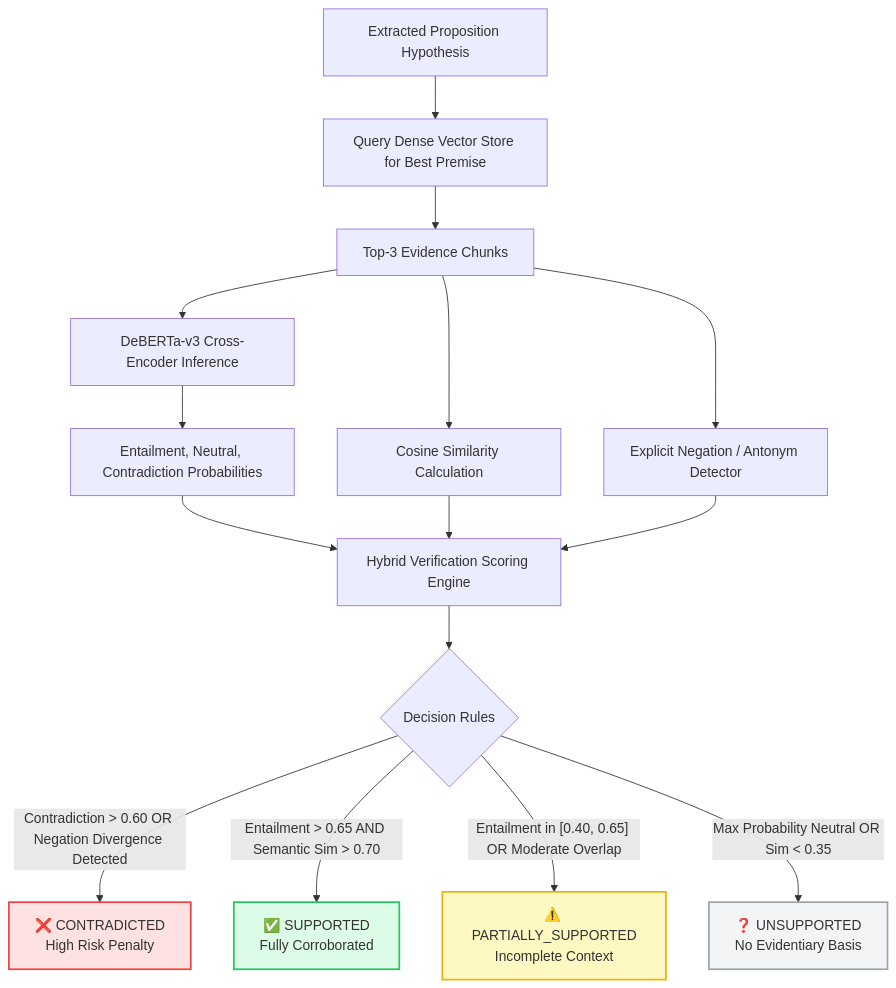
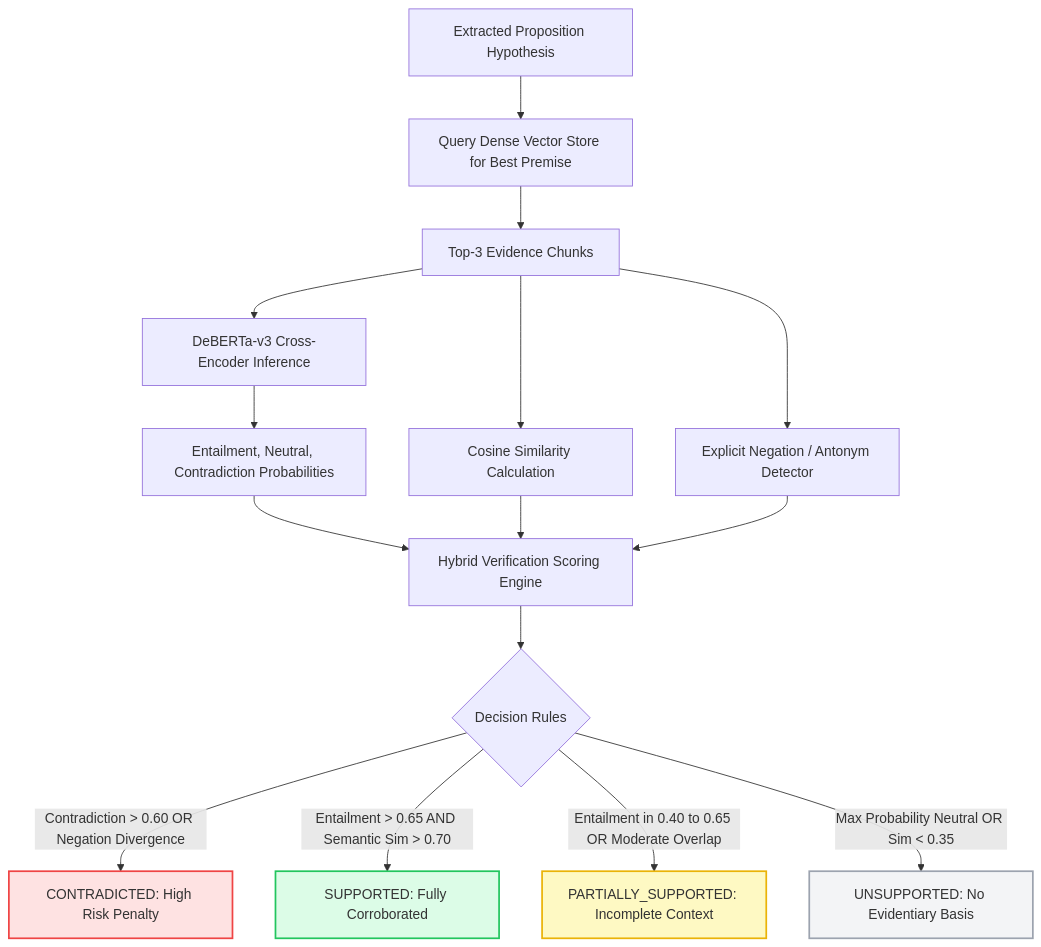
Before and after one commit to Khush-33/VeriRAG_edi: the third of 3 diagrams in README.md, drawn with Mermaid. The commit also changed other lines of this file, not shown here.

Commit message:
docs: fix Mermaid diagram syntax and remove banner from README

````diff
--- a/README.md
+++ b/README.md
@@ -111,25 +113,27 @@
 ```mermaid
 flowchart TD
-    Claim[Extracted Proposition Hypothesis] --> Retrieve[Query Dense Vector Store for Best Premise]
-    Retrieve --> TopChunks[Top-3 Evidence Chunks]
+    Claim["Extracted Proposition Hypothesis"] --> Retrieve["Query Dense Vector Store for Best Premise"]
+    Retrieve --> TopChunks["Top-3 Evidence Chunks"]
 
-    TopChunks --> NLI[DeBERTa-v3 Cross-Encoder Inference]
-    TopChunks --> Sim[Cosine Similarity Calculation]
-    TopChunks --> Neg[Explicit Negation / Antonym Detector]
+    TopChunks --> NLI["DeBERTa-v3 Cross-Encoder Inference"]
+    TopChunks --> Sim["Cosine Similarity Calculation"]
+    TopChunks --> Neg["Explicit Negation / Antonym Detector"]
 
-    NLI --> ProbScores[Entailment, Neutral, Contradiction Probabilities]
+    NLI --> ProbScores["Entailment, Neutral, Contradiction Probabilities"]
 
-    ProbScores & Sim & Neg --> FusionEngine[Hybrid Verification Scoring Engine]
+    ProbScores --> FusionEngine["Hybrid Verification Scoring Engine"]
+    Sim --> FusionEngine
+    Neg --> FusionEngine
 
-    FusionEngine --> Decision{Decision Rules}
+    FusionEngine --> Decision{"Decision Rules"}
 
-    Decision -- "Contradiction > 0.60 OR Negation Divergence Detected" --> Contradicted["❌ CONTRADICTED\nHigh Risk Penalty"]
-    Decision -- "Entailment > 0.65 AND Semantic Sim > 0.70" --> Supported["✅ SUPPORTED\nFully Corroborated"]
-    Decision -- "Entailment in [0.40, 0.65] OR Moderate Overlap" --> Partial["⚠️ PARTIALLY_SUPPORTED\nIncomplete Context"]
-    Decision -- "Max Probability Neutral OR Sim < 0.35" --> Unsupported["❓ UNSUPPORTED\nNo Evidentiary Basis"]
+    Decision -- "Contradiction > 0.60 OR Negation Divergence" --> Contradicted["CONTRADICTED: High Risk Penalty"]
+    Decision -- "Entailment > 0.65 AND Semantic Sim > 0.70" --> Supported["SUPPORTED: Fully Corroborated"]
+    Decision -- "Entailment in 0.40 to 0.65 OR Moderate Overlap" --> Partial["PARTIALLY_SUPPORTED: Incomplete Context"]
+    Decision -- "Max Probability Neutral OR Sim < 0.35" --> Unsupported["UNSUPPORTED: No Evidentiary Basis"]
 
     style Contradicted fill:#fee2e2,stroke:#ef4444,stroke-width:2px
     style Supported fill:#dcfce7,stroke:#22c55e,stroke-width:2px
     style Partial fill:#fef9c3,stroke:#eab308,stroke-width:2px
     style Unsupported fill:#f3f4f6,stroke:#9ca3af,stroke-width:2px
 ```
````
